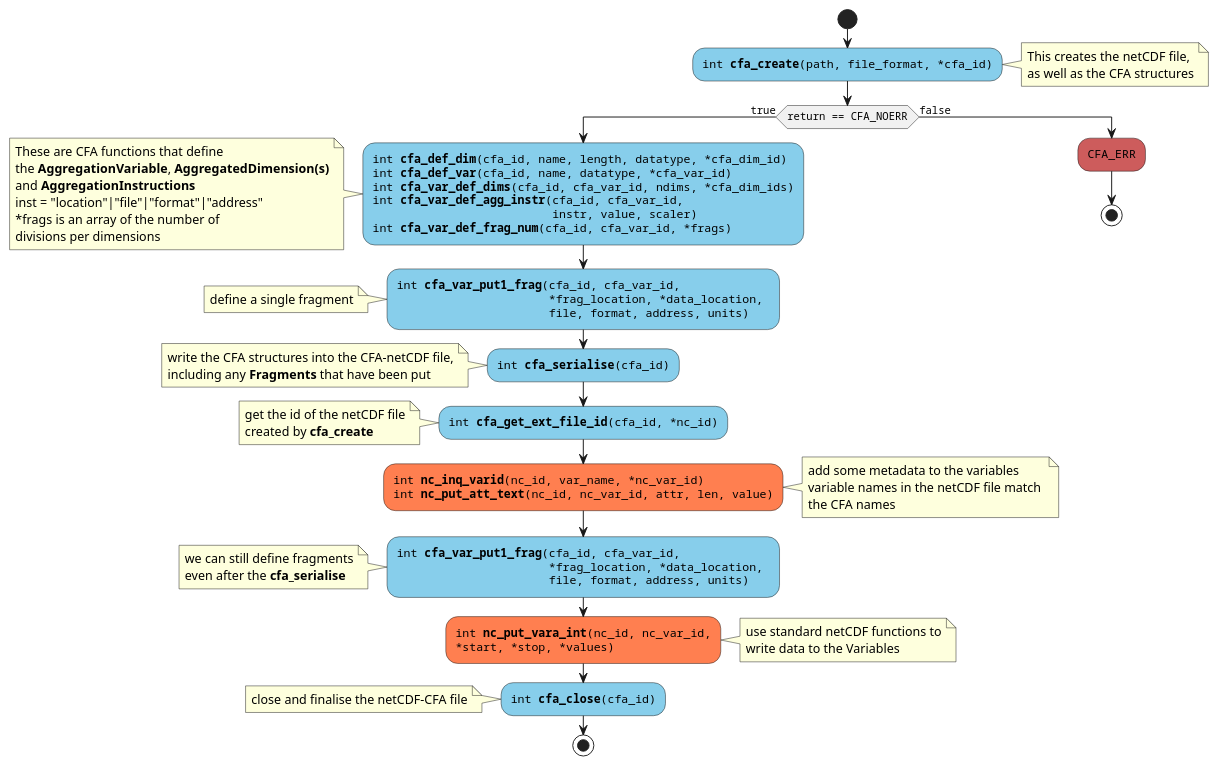
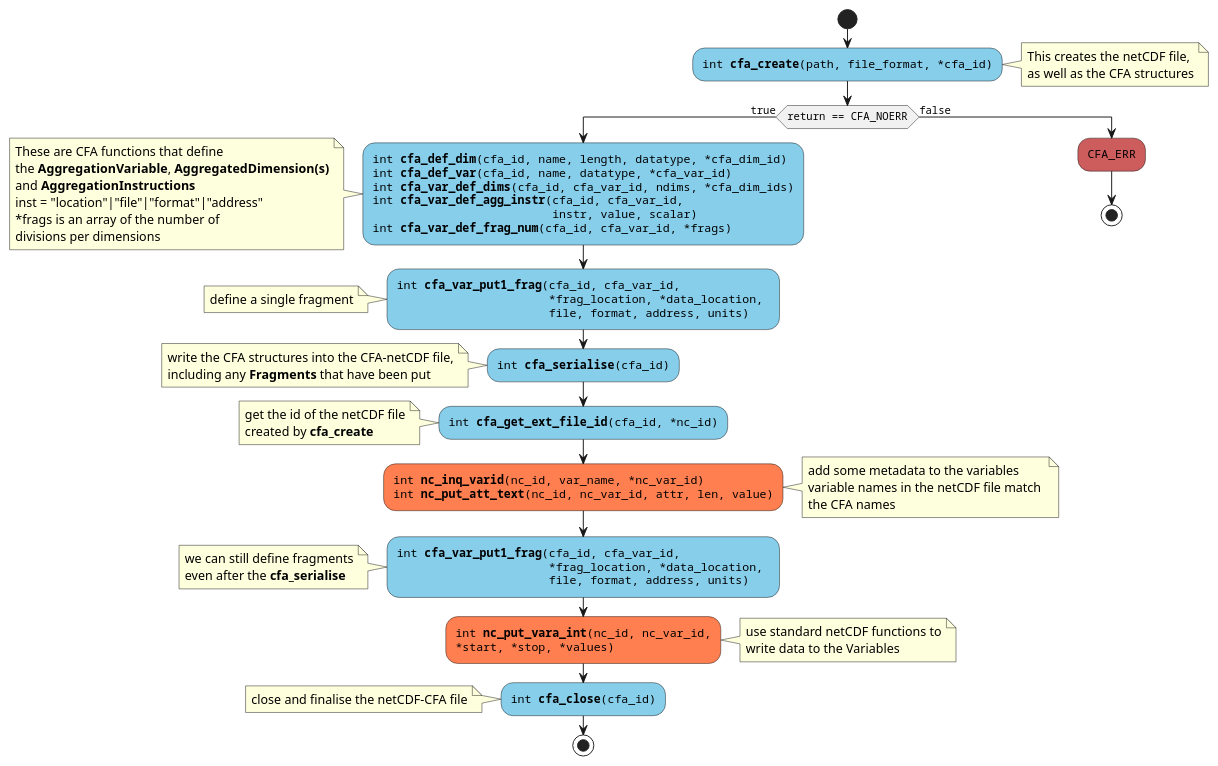
The diagram in doc/uml/user_flow.puml (cedadev/CFA-C), drawn with PlantUML before and after one commit. The commit also changed 4 other files, not shown here.

```diff
--- a/doc/uml/user_flow.puml
+++ b/doc/uml/user_flow.puml
@@ -1,70 +1,70 @@
 @startuml user_flow
 skinparam defaultFontName Courier
 skinparam noteFontName Arial
 start
 #SkyBlue:int **cfa_create**(path, file_format, *cfa_id);
 note right
 This creates the netCDF file,
 as well as the CFA structures
 end note
 if (return == CFA_NOERR) then (true)
 #SkyBlue:int **cfa_def_dim**(cfa_id, name, length, datatype, *cfa_dim_id)
 int **cfa_def_var**(cfa_id, name, datatype, *cfa_var_id)
 int **cfa_var_def_dims**(cfa_id, cfa_var_id, ndims, *cfa_dim_ids)
 int **cfa_var_def_agg_instr**(cfa_id, cfa_var_id, 
-                          instr, value, scaler)
+                          instr, value, scalar)
 int **cfa_var_def_frag_num**(cfa_id, cfa_var_id, *frags);
 note left
 These are CFA functions that define
 the **AggregationVariable**, **AggregatedDimension(s)**
 and **AggregationInstructions**
 inst = "location"|"file"|"format"|"address"
 ~*frags is an array of the number of 
 divisions per dimensions
 end note
 #SkyBlue:int **cfa_var_put1_frag**(cfa_id, cfa_var_id, 
                       ~*frag_location, ~*data_location, 
                       file, format, address, units);
 note left
 define a single fragment
 endnote
 #SkyBlue:int **cfa_serialise**(cfa_id);
 note left
 write the CFA structures into the CFA-netCDF file,
 including any **Fragments** that have been put
 endnote
 #SkyBlue:int **cfa_get_ext_file_id**(cfa_id, *nc_id);
 note left
 get the id of the netCDF file
 created by **cfa_create**
 end note
 #coral:int **nc_inq_varid**(nc_id, var_name, *nc_var_id)
 int **nc_put_att_text**(nc_id, nc_var_id, attr, len, value);
 note right
 add some metadata to the variables
 variable names in the netCDF file match 
 the CFA names
 end note
 #SkyBlue:int **cfa_var_put1_frag**(cfa_id, cfa_var_id, 
                       ~*frag_location, ~*data_location, 
                       file, format, address, units);
 note left
 we can still define fragments
 even after the **cfa_serialise**
 endnote
 #coral:int **nc_put_vara_int**(nc_id, nc_var_id, 
 *start, *stop, *values);
 note right
 use standard netCDF functions to
 write data to the Variables
 end note
 #SkyBlue:int **cfa_close**(cfa_id);
 note left
 close and finalise the netCDF-CFA file
 endnote
 stop
 else (false)
 #IndianRed:CFA_ERR;
 stop
 endif
 @enduml
```
